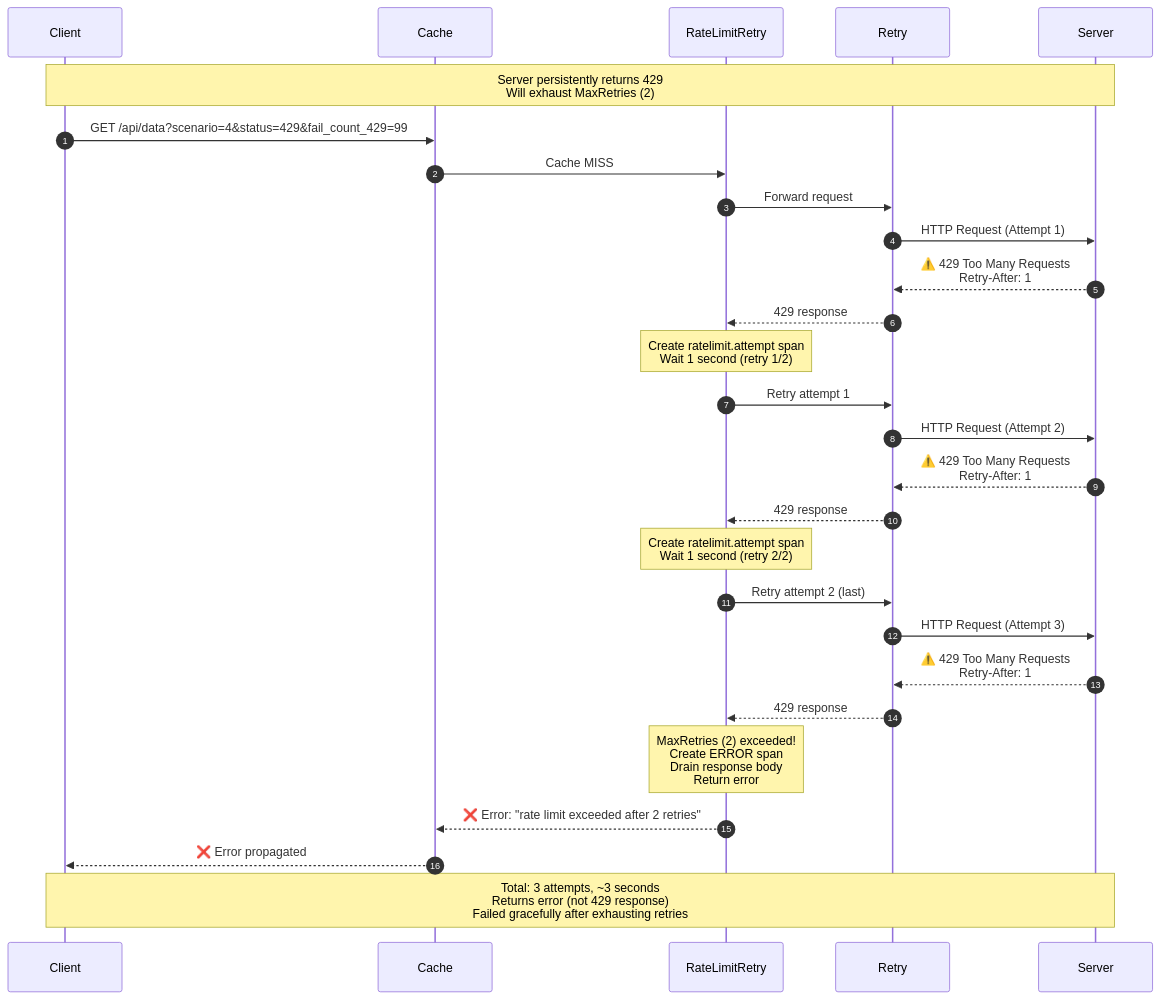
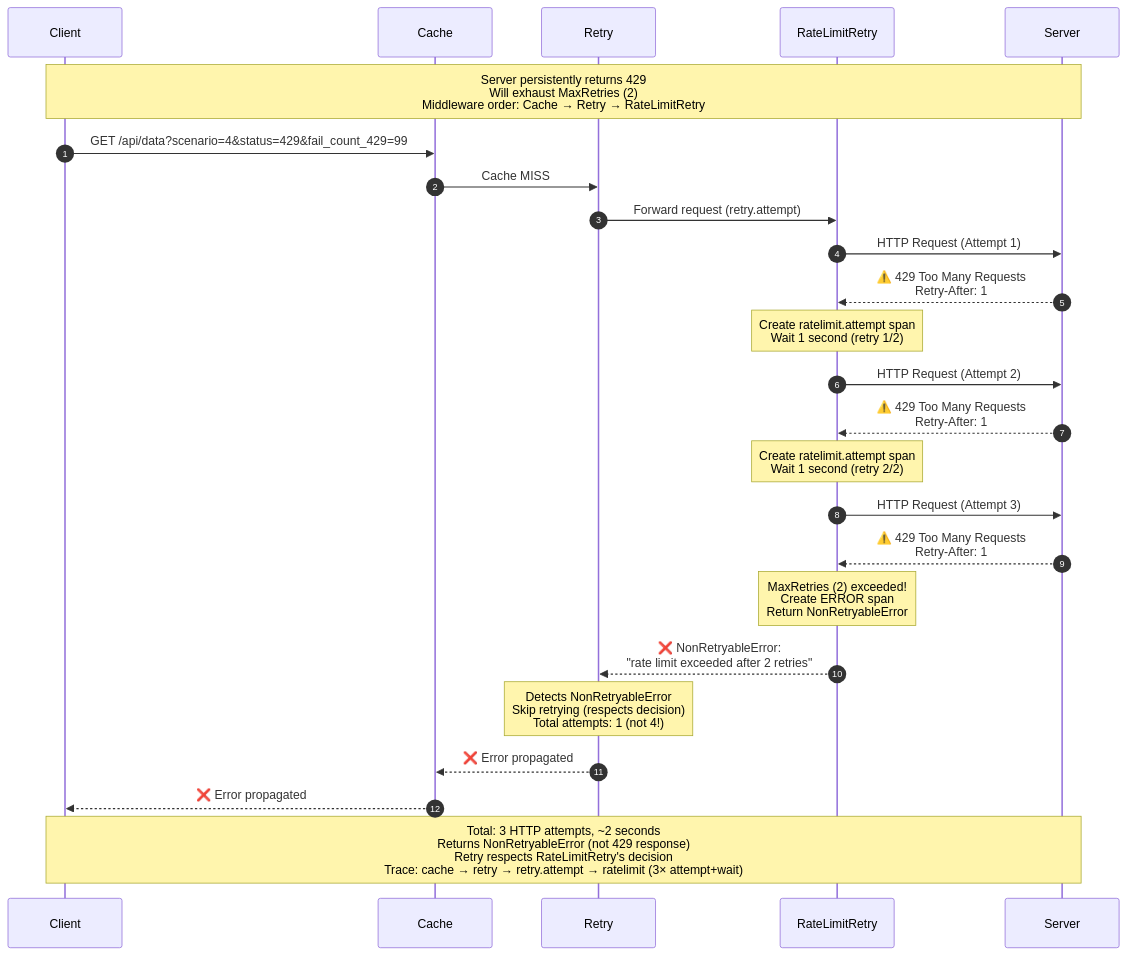
Before and after one commit to halyph/mindflow-http-middleware-patterns: the diagram in diagrams/scenario-4-ratelimit-exhausted.md, drawn with Mermaid. The commit also changed 11 other files, not shown here.

Commit message:
updated middleware order

````diff
--- a/diagrams/scenario-4-ratelimit-exhausted.md
+++ b/diagrams/scenario-4-ratelimit-exhausted.md
@@ -3,40 +3,37 @@
 ```mermaid
 sequenceDiagram
     autonumber
     participant Client
     participant Cache
+    participant Retry
     participant RateLimitRetry
-    participant Retry
     participant Server
 
-    Note over Client,Server: Server persistently returns 429<br/>Will exhaust MaxRetries (2)
+    Note over Client,Server: Server persistently returns 429<br/>Will exhaust MaxRetries (2)<br/>Middleware order: Cache → Retry → RateLimitRetry
 
     Client->>Cache: GET /api/data?scenario=4&status=429&fail_count_429=99
-    Cache->>RateLimitRetry: Cache MISS
+    Cache->>Retry: Cache MISS
+    Retry->>RateLimitRetry: Forward request (retry.attempt)
 
     %% Attempt 1
-    RateLimitRetry->>Retry: Forward request
-    Retry->>Server: HTTP Request (Attempt 1)
-    Server-->>Retry: ⚠️ 429 Too Many Requests<br/>Retry-After: 1
-    Retry-->>RateLimitRetry: 429 response
+    RateLimitRetry->>Server: HTTP Request (Attempt 1)
+    Server-->>RateLimitRetry: ⚠️ 429 Too Many Requests<br/>Retry-After: 1
     Note over RateLimitRetry: Create ratelimit.attempt span<br/>Wait 1 second (retry 1/2)
 
     %% Attempt 2
-    RateLimitRetry->>Retry: Retry attempt 1
-    Retry->>Server: HTTP Request (Attempt 2)
-    Server-->>Retry: ⚠️ 429 Too Many Requests<br/>Retry-After: 1
-    Retry-->>RateLimitRetry: 429 response
+    RateLimitRetry->>Server: HTTP Request (Attempt 2)
+    Server-->>RateLimitRetry: ⚠️ 429 Too Many Requests<br/>Retry-After: 1
     Note over RateLimitRetry: Create ratelimit.attempt span<br/>Wait 1 second (retry 2/2)
 
     %% Attempt 3 - Final attempt, still fails
-    RateLimitRetry->>Retry: Retry attempt 2 (last)
-    Retry->>Server: HTTP Request (Attempt 3)
-    Server-->>Retry: ⚠️ 429 Too Many Requests<br/>Retry-After: 1
-    Retry-->>RateLimitRetry: 429 response
-    Note over RateLimitRetry: MaxRetries (2) exceeded!<br/>Create ERROR span<br/>Drain response body<br/>Return error
+    RateLimitRetry->>Server: HTTP Request (Attempt 3)
+    Server-->>RateLimitRetry: ⚠️ 429 Too Many Requests<br/>Retry-After: 1
+    Note over RateLimitRetry: MaxRetries (2) exceeded!<br/>Create ERROR span<br/>Return NonRetryableError
 
-    RateLimitRetry-->>Cache: ❌ Error: "rate limit exceeded after 2 retries"
+    RateLimitRetry-->>Retry: ❌ NonRetryableError:<br/>"rate limit exceeded after 2 retries"
+    Note over Retry: Detects NonRetryableError<br/>Skip retrying (respects decision)<br/>Total attempts: 1 (not 4!)
+    Retry-->>Cache: ❌ Error propagated
     Cache-->>Client: ❌ Error propagated
 
-    Note over Client,Server: Total: 3 attempts, ~3 seconds<br/>Returns error (not 429 response)<br/>Failed gracefully after exhausting retries
+    Note over Client,Server: Total: 3 HTTP attempts, ~2 seconds<br/>Returns NonRetryableError (not 429 response)<br/>Retry respects RateLimitRetry's decision<br/>Trace: cache → retry → retry.attempt → ratelimit (3× attempt+wait)
 ```
````
